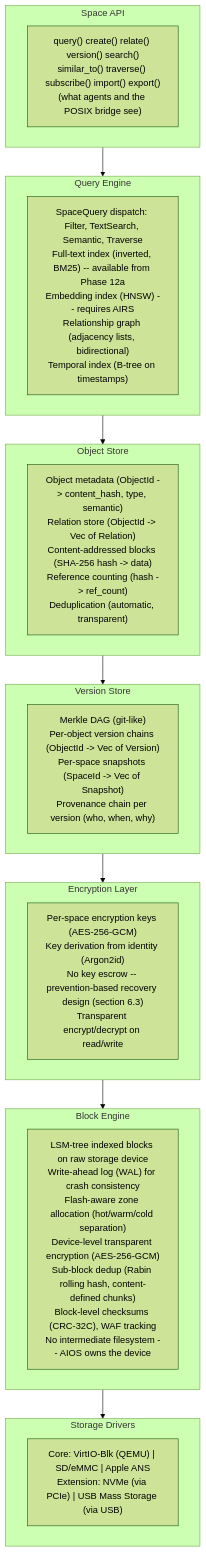
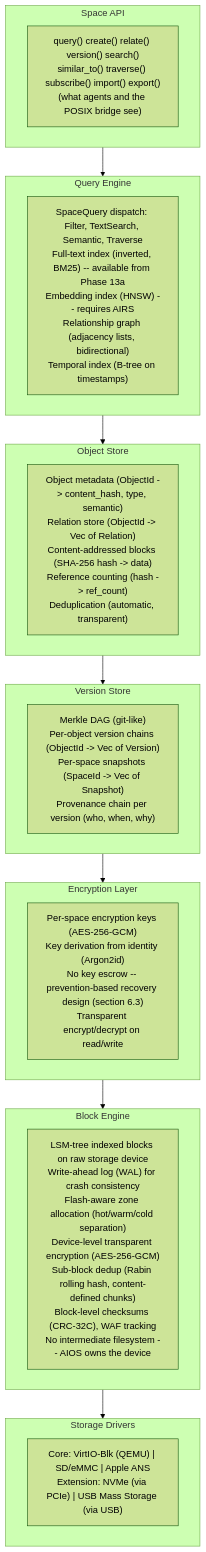
One commit to juslee/aios changed the diagram in docs/storage/spaces.md. Above: the diagram before and after it, drawn with Mermaid (forest theme). The commit also changed other lines of this file and 135 other files, not shown here.

First line of the commit message:
Renumber Phase 5→6 through Phase 46→47 across architecture docs

````diff
--- a/docs/storage/spaces.md
+++ b/docs/storage/spaces.md
@@ -25,55 +25,55 @@
 ```mermaid
 flowchart TD
     subgraph API["Space API"]
         A1["`query() create() relate() version() search()
 similar_to() traverse() subscribe() import() export()
 (what agents and the POSIX bridge see)`"]
     end
 
     subgraph QE["Query Engine"]
         Q1["`SpaceQuery dispatch: Filter, TextSearch, Semantic, Traverse
-Full-text index (inverted, BM25) -- available from Phase 12a
+Full-text index (inverted, BM25) -- available from Phase 13a
 Embedding index (HNSW) -- requires AIRS
 Relationship graph (adjacency lists, bidirectional)
 Temporal index (B-tree on timestamps)`"]
     end
 
     subgraph OS["Object Store"]
         O1["`Object metadata (ObjectId -> content_hash, type, semantic)
 Relation store (ObjectId -> Vec of Relation)
 Content-addressed blocks (SHA-256 hash -> data)
 Reference counting (hash -> ref_count)
 Deduplication (automatic, transparent)`"]
     end
 
     subgraph VS["Version Store"]
         V1["`Merkle DAG (git-like)
 Per-object version chains (ObjectId -> Vec of Version)
 Per-space snapshots (SpaceId -> Vec of Snapshot)
 Provenance chain per version (who, when, why)`"]
     end
 
     subgraph EL["Encryption Layer"]
         E1["`Per-space encryption keys (AES-256-GCM)
 Key derivation from identity (Argon2id)
 No key escrow -- prevention-based recovery design (section 6.3)
 Transparent encrypt/decrypt on read/write`"]
     end
 
     subgraph BE["Block Engine"]
         B1["`LSM-tree indexed blocks on raw storage device
 Write-ahead log (WAL) for crash consistency
 Flash-aware zone allocation (hot/warm/cold separation)
 Device-level transparent encryption (AES-256-GCM)
 Sub-block dedup (Rabin rolling hash, content-defined chunks)
 Block-level checksums (CRC-32C), WAF tracking
 No intermediate filesystem -- AIOS owns the device`"]
     end
 
     subgraph SD["Storage Drivers"]
         S1["`Core: VirtIO-Blk (QEMU) | SD/eMMC | Apple ANS
 Extension: NVMe (via PCIe) | USB Mass Storage (via USB)`"]
     end
 
     API --> QE --> OS --> VS --> EL --> BE --> SD
 ```
````
